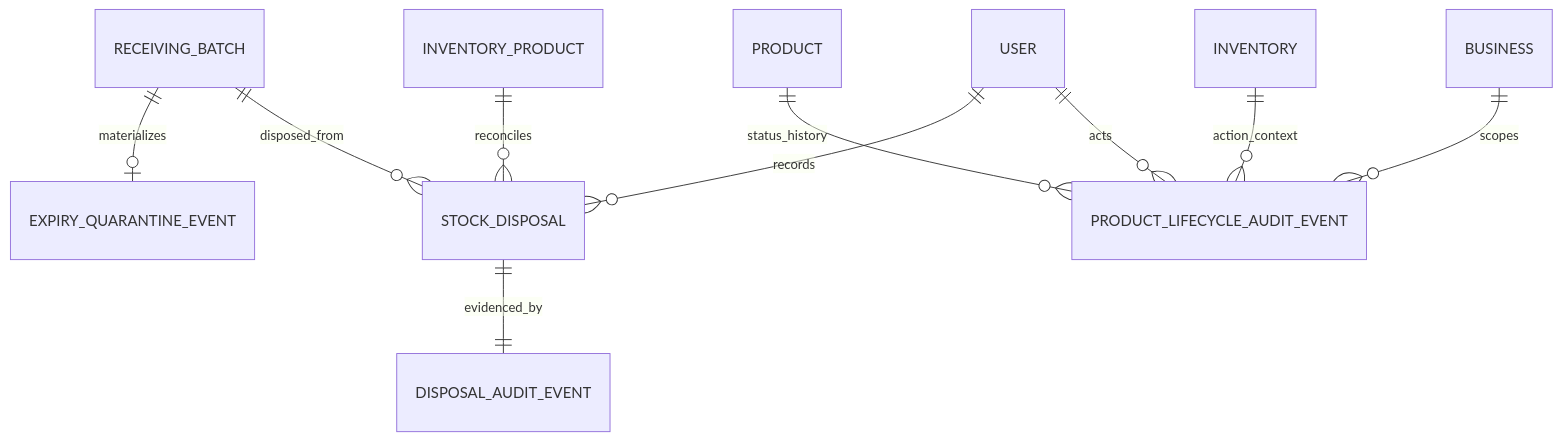
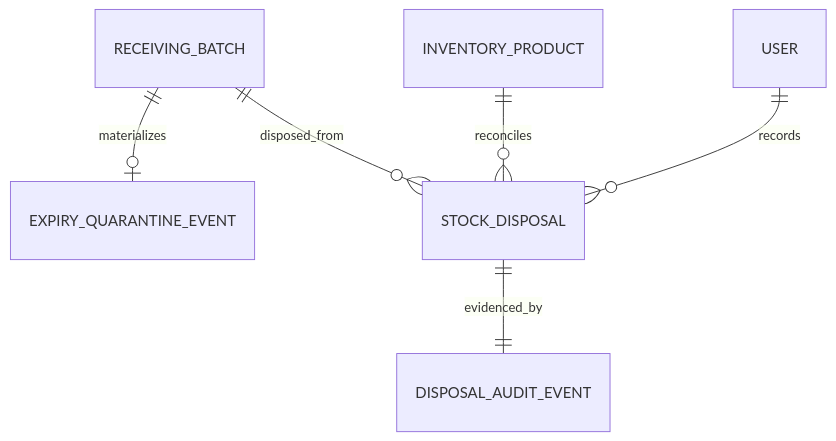
One commit to Mike-Franco/ay2627s2-cicdp-MikeAbat changed the fourth of 7 diagrams in docs/design/ERD.md. Above: the diagram before and after it, drawn with Mermaid. The commit also changed other lines of this file and 1 other file, not shown here.

Commit message:
docs(TORY-28): correct architecture labels and split lifecycle ERD

````diff
--- a/docs/design/ERD.md
+++ b/docs/design/ERD.md
@@ -249,12 +249,8 @@
 ```mermaid
 erDiagram
     RECEIVING_BATCH ||--o| EXPIRY_QUARANTINE_EVENT : materializes
     RECEIVING_BATCH ||--o{ STOCK_DISPOSAL : disposed_from
     INVENTORY_PRODUCT ||--o{ STOCK_DISPOSAL : reconciles
     USER ||--o{ STOCK_DISPOSAL : records
     STOCK_DISPOSAL ||--|| DISPOSAL_AUDIT_EVENT : evidenced_by
-    PRODUCT ||--o{ PRODUCT_LIFECYCLE_AUDIT_EVENT : status_history
-    INVENTORY ||--o{ PRODUCT_LIFECYCLE_AUDIT_EVENT : action_context
-    BUSINESS ||--o{ PRODUCT_LIFECYCLE_AUDIT_EVENT : scopes
-    USER ||--o{ PRODUCT_LIFECYCLE_AUDIT_EVENT : acts
 ```
````
